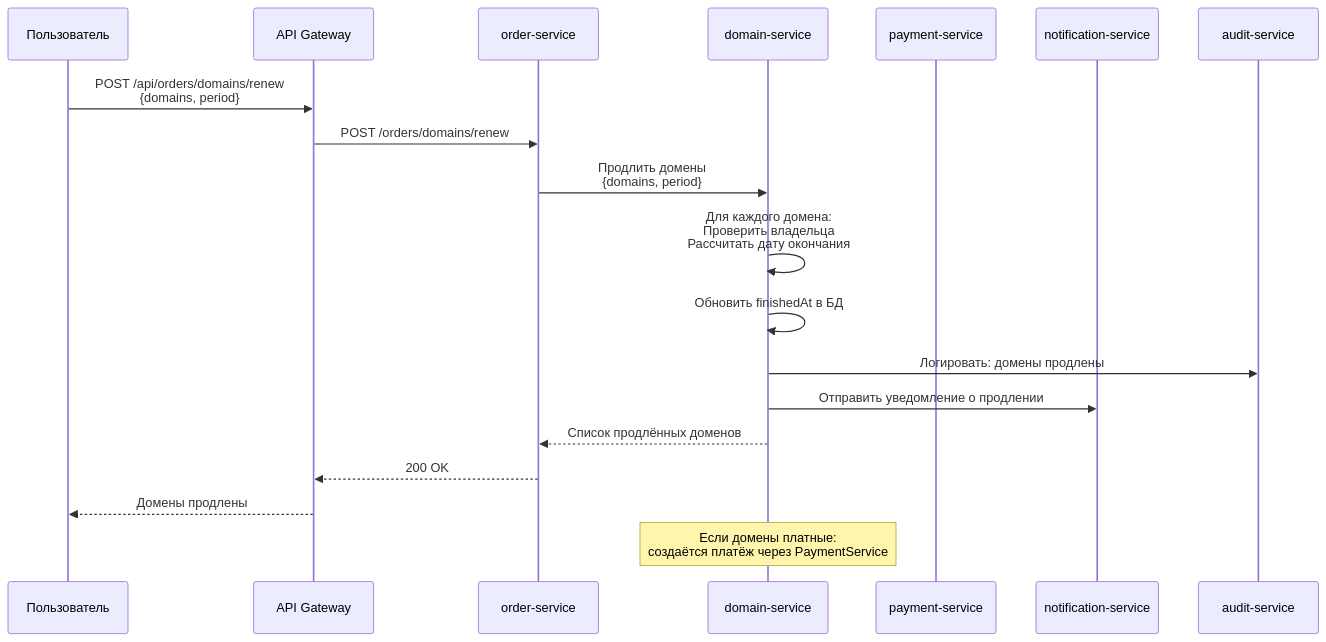
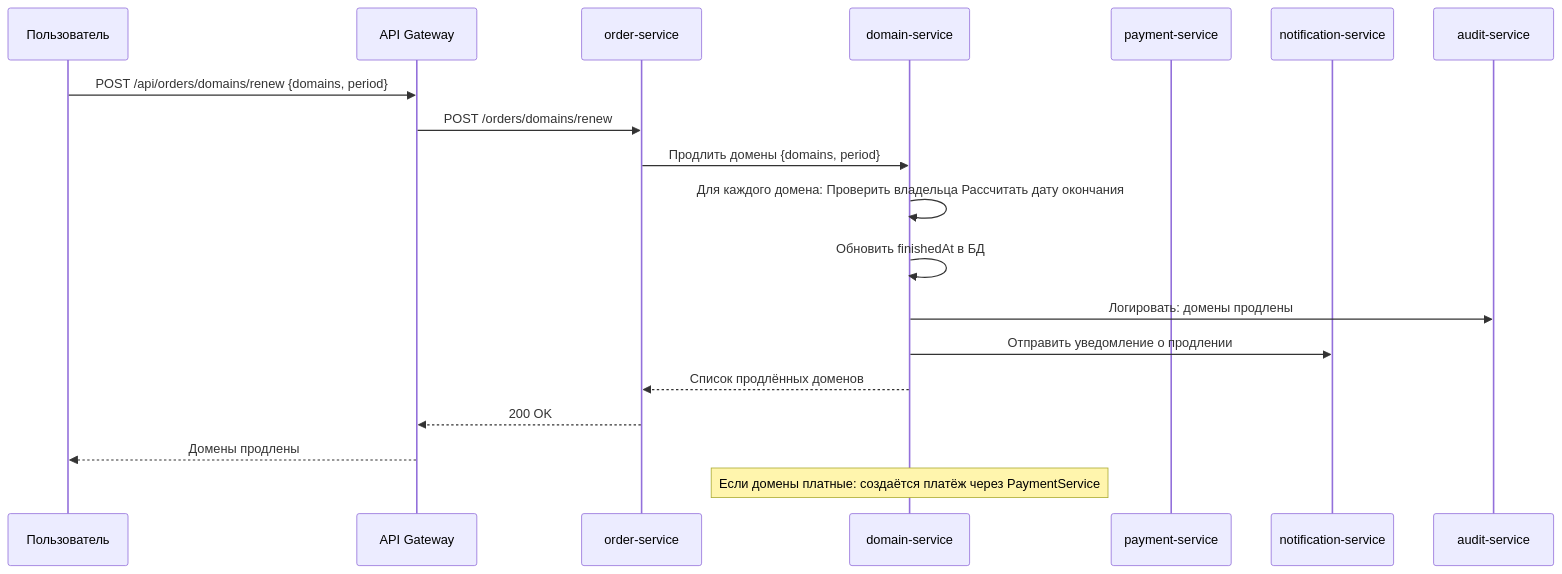
One commit to PawKorchagin/hrofos-domain-register changed the fifth of 25 diagrams in README.md. Above: the diagram before and after it, drawn with Mermaid. The commit also changed other lines of this file, not shown here.

````diff
--- a/README.md
+++ b/README.md
@@ -254,28 +254,28 @@
 ```mermaid
 sequenceDiagram
     participant U as Пользователь
     participant GW as API Gateway
     participant Order as order-service
     participant Domain as domain-service
     participant Payment as payment-service
     participant Notif as notification-service
     participant Audit as audit-service
 
-    U->>GW: POST /api/orders/domains/renew<br/>{domains, period}
+    U->>GW: POST /api/orders/domains/renew {domains, period}
     GW->>Order: POST /orders/domains/renew
 
-    Order->>Domain: Продлить домены<br/>{domains, period}
+    Order->>Domain: Продлить домены {domains, period}
 
-    Domain->>Domain: Для каждого домена:<br/>Проверить владельца<br/>Рассчитать дату окончания
+    Domain->>Domain: Для каждого домена: Проверить владельца Рассчитать дату окончания
 
     Domain->>Domain: Обновить finishedAt в БД
 
     Domain->>Audit: Логировать: домены продлены
     Domain->>Notif: Отправить уведомление о продлении
 
     Domain-->>Order: Список продлённых доменов
     Order-->>GW: 200 OK
     GW-->>U: Домены продлены
 
-    Note over Domain: Если домены платные:<br/>создаётся платёж через PaymentService
+    Note over Domain: Если домены платные: создаётся платёж через PaymentService
 ```
````
